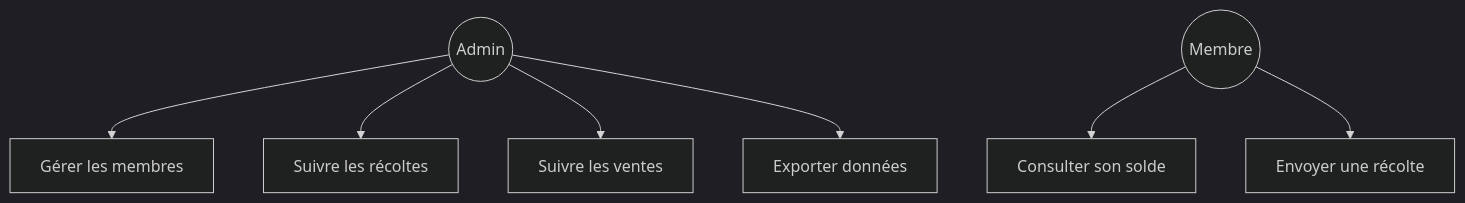
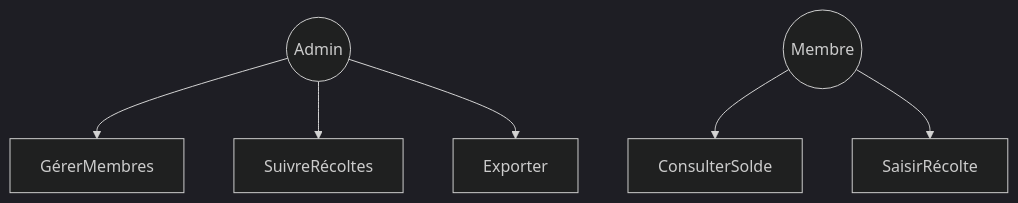
One commit to sanogotech/githubProjectsStarter changed the fourth of 6 diagrams in DossierConceptionEtArchitecture.md. Above: the diagram before and after it, drawn with Mermaid (dark theme). The commit also changed other lines of this file, not shown here.

````diff
--- a/DossierConceptionEtArchitecture.md
+++ b/DossierConceptionEtArchitecture.md
@@ -75,13 +88,8 @@
 ```mermaid
-%% Mermaid Use Case UML
-%% Acteurs : Admin, Membre
-%% Cas : Gérer membres, Récolter, Vendre, Exporter
-%% Simplifié
 graph TD
-    Admin((Admin)) --> UC1[Gérer les membres]
-    Admin --> UC2[Suivre les récoltes]
-    Admin --> UC3[Suivre les ventes]
-    Admin --> UC4[Exporter données]
-    Membre((Membre)) --> UC5[Consulter son solde]
-    Membre --> UC6[Envoyer une récolte]
+    Admin((Admin)) --> GérerMembres
+    Admin --> SuivreRécoltes
+    Admin --> Exporter
+    Membre((Membre)) --> ConsulterSolde
+    Membre --> SaisirRécolte
 ```
````
